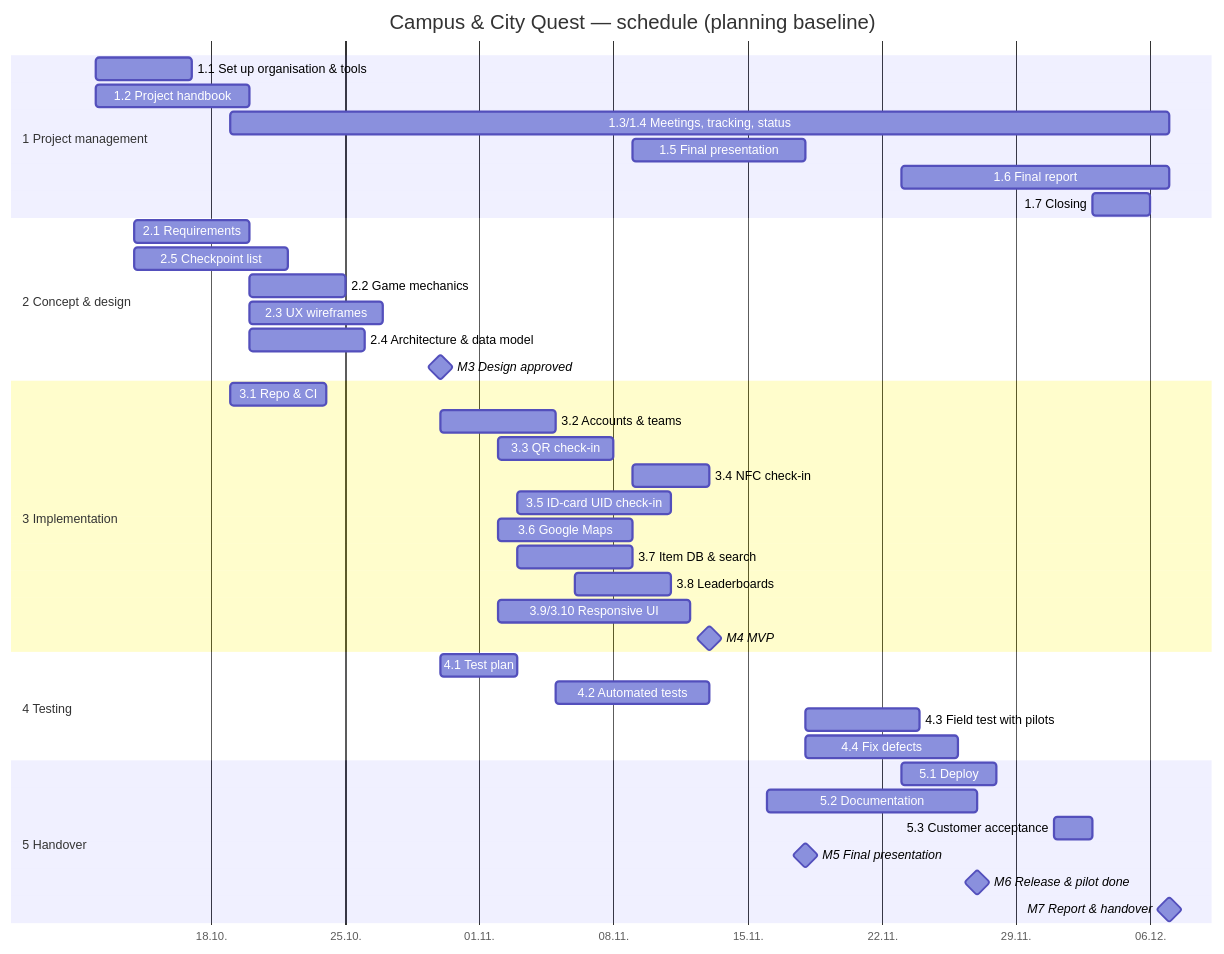
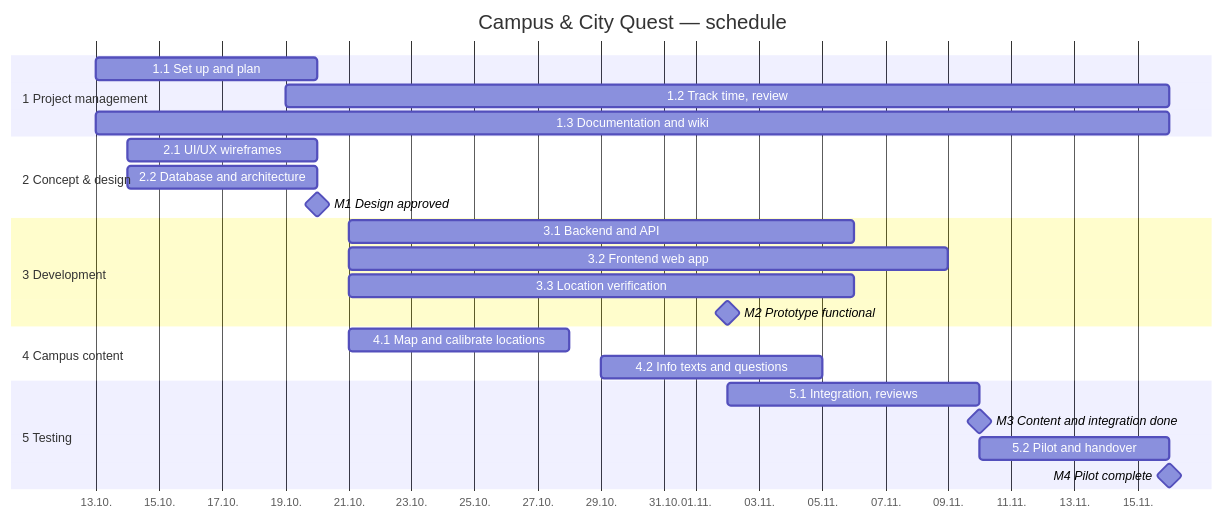
The first of 2 diagrams in docs/project_handbook.md (CZPS-ds3/CampusGo), drawn with Mermaid before and after one commit. The commit also changed other lines of this file and 16 other files, not shown here.

````diff
--- a/docs/project_handbook.md
+++ b/docs/project_handbook.md
@@ -161,43 +195,27 @@
 ```mermaid
 gantt
-    title Campus & City Quest — schedule (planning baseline)
+    title Campus & City Quest — schedule
     dateFormat  YYYY-MM-DD
     axisFormat  %d.%m.
     section 1 Project management
-    1.1 Set up organisation & tools      :a11, 2026-10-12, 5d
-    1.2 Project handbook                 :a12, 2026-10-12, 8d
-    1.3/1.4 Meetings, tracking, status   :a13, 2026-10-19, 2026-12-07
-    1.5 Final presentation               :a15, 2026-11-09, 9d
-    1.6 Final report                     :a16, 2026-11-23, 2026-12-07
-    1.7 Closing                          :a17, 2026-12-03, 3d
+    1.1 Set up and plan             :a11, 2026-10-13, 7d
+    1.2 Track time, review          :a12, 2026-10-19, 2026-11-16
+    1.3 Documentation and wiki      :a13, 2026-10-13, 2026-11-16
     section 2 Concept & design
-    2.1 Requirements                     :a21, 2026-10-14, 6d
-    2.5 Checkpoint list                  :a25, 2026-10-14, 8d
-    2.2 Game mechanics                   :a22, after a21, 5d
-    2.3 UX wireframes                    :a23, after a21, 7d
-    2.4 Architecture & data model        :a24, after a21, 6d
-    M3 Design approved                   :milestone, m3, 2026-10-30, 0d
-    section 3 Implementation
-    3.1 Repo & CI                        :a31, 2026-10-19, 5d
-    3.2 Accounts & teams                 :a32, 2026-10-30, 6d
-    3.3 QR check-in                      :a33, 2026-11-02, 6d
-    3.4 NFC check-in                     :a34, 2026-11-09, 4d
-    3.5 ID-card UID check-in             :a35, 2026-11-03, 8d
-    3.6 Google Maps                      :a36, 2026-11-02, 7d
-    3.7 Item DB & search                 :a37, 2026-11-03, 6d
-    3.8 Leaderboards                     :a38, 2026-11-06, 5d
-    3.9/3.10 Responsive UI               :a39, 2026-11-02, 10d
-    M4 MVP                               :milestone, m4, 2026-11-13, 0d
-    section 4 Testing
-    4.1 Test plan                        :a41, 2026-10-30, 4d
-    4.2 Automated tests                  :a42, 2026-11-05, 8d
-    4.3 Field test with pilots           :a43, 2026-11-18, 6d
-    4.4 Fix defects                      :a44, 2026-11-18, 8d
-    section 5 Handover
-    5.1 Deploy                           :a51, 2026-11-23, 5d
-    5.2 Documentation                    :a52, 2026-11-16, 11d
-    5.3 Customer acceptance              :a53, 2026-12-01, 2d
-    M5 Final presentation                :milestone, m5, 2026-11-18, 0d
-    M6 Release & pilot done              :milestone, m6, 2026-11-27, 0d
-    M7 Report & handover                 :milestone, m7, 2026-12-07, 0d
+    2.1 UI/UX wireframes            :a21, 2026-10-14, 2026-10-20
+    2.2 Database and architecture   :a22, 2026-10-14, 2026-10-20
+    M1 Design approved              :milestone, m1, 2026-10-20, 0d
+    section 3 Development
+    3.1 Backend and API             :a31, 2026-10-21, 2026-11-06
+    3.2 Frontend web app            :a32, 2026-10-21, 2026-11-09
+    3.3 Location verification       :a33, 2026-10-21, 2026-11-06
+    M2 Prototype functional         :milestone, m2, 2026-11-02, 0d
+    section 4 Campus content
+    4.1 Map and calibrate locations :a41, 2026-10-21, 2026-10-28
+    4.2 Info texts and questions    :a42, 2026-10-29, 2026-11-05
+    section 5 Testing
+    5.1 Integration, reviews        :a51, 2026-11-02, 2026-11-10
+    M3 Content and integration done :milestone, m3, 2026-11-10, 0d
+    5.2 Pilot and handover          :a52, 2026-11-10, 2026-11-16
+    M4 Pilot complete               :milestone, m4, 2026-11-16, 0d
 ```
````
